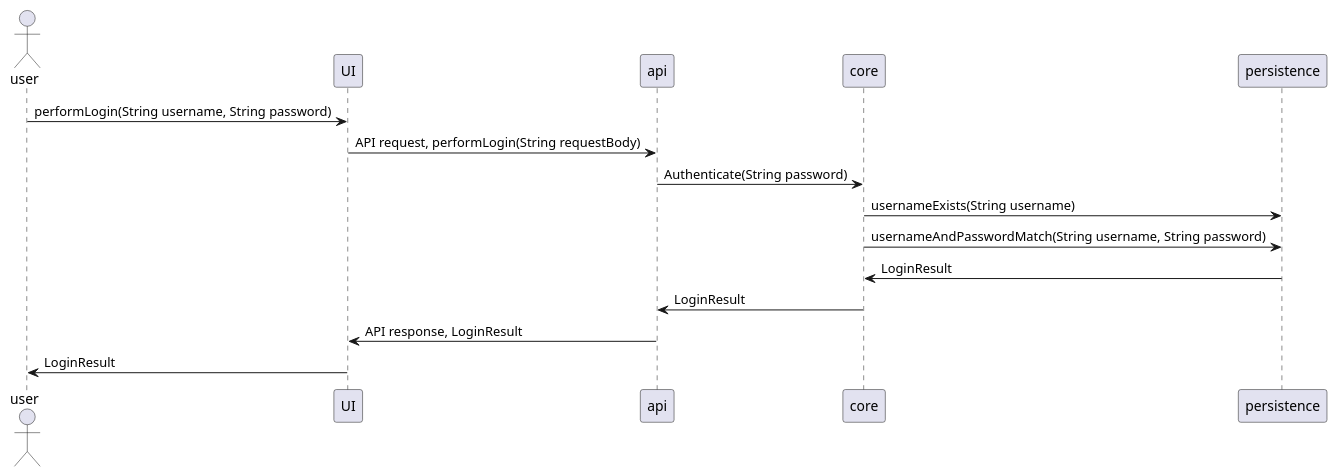
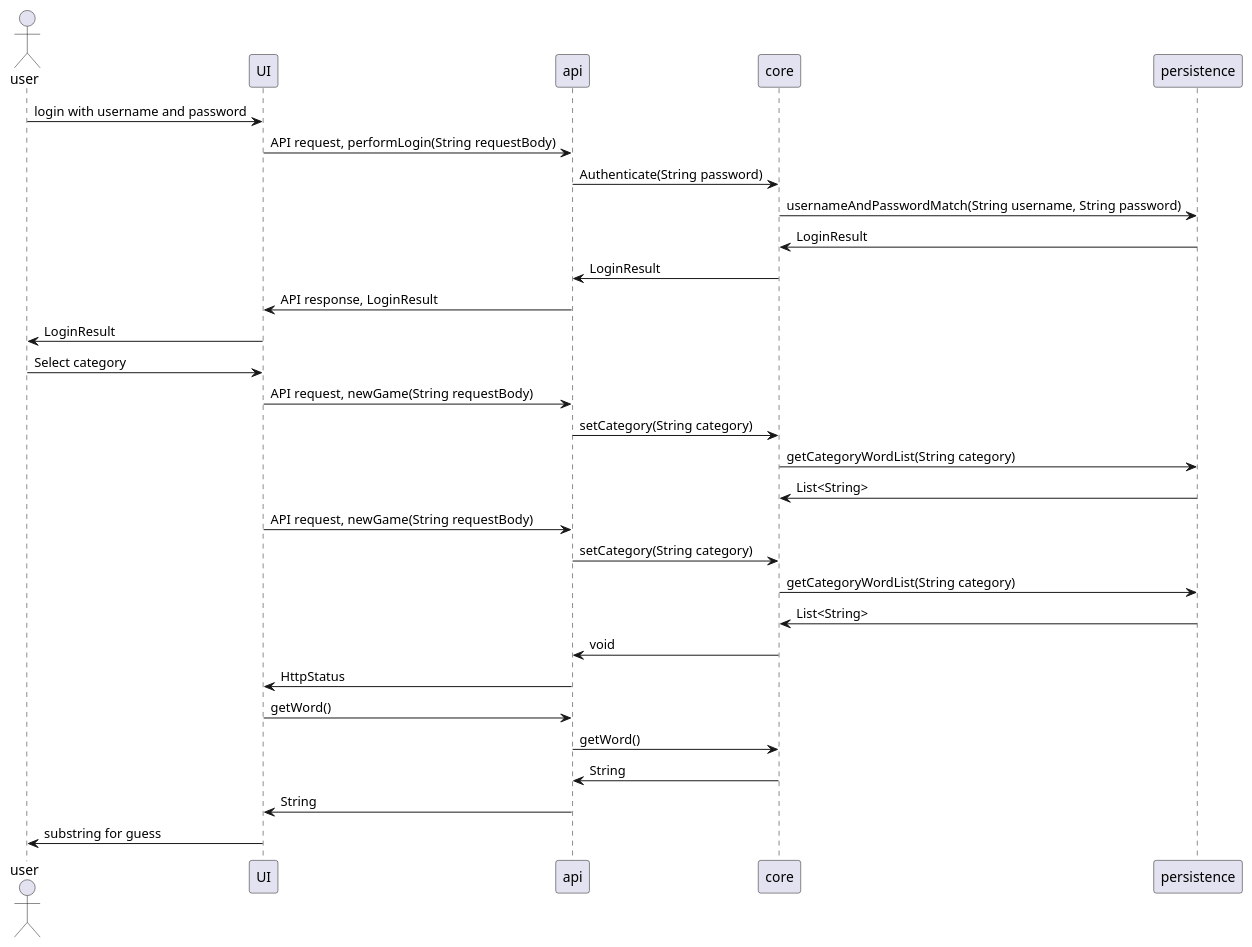
Before and after one commit to Anders-Stubberud/IT1901: the diagram in docs/SequenceDiagramRelease3.puml, drawn with PlantUML. The commit also changed 4 other files, not shown here.

```diff
--- a/docs/SequenceDiagramRelease3.puml
+++ b/docs/SequenceDiagramRelease3.puml
@@ -1,26 +1,56 @@
 @startuml
 actor user as user
 participant UI as UI
 participant api as api
 participant core as core
 participant persistence as persistence
 
-user -> UI : performLogin(String username, String password)
+user -> UI : login with username and password
 
 UI -> api : API request, performLogin(String requestBody)
 
 api -> core : Authenticate(String password)
-
-core -> persistence : usernameExists(String username)
 
 core -> persistence : usernameAndPasswordMatch(String username, String password)
 
 persistence -> core : LoginResult
 
 core -> api : LoginResult
 
 api -> UI : API response, LoginResult
 
 UI -> user : LoginResult
 
+user -> UI : Select category
+
+UI -> api : API request, newGame(String requestBody)
+
+api -> core : setCategory(String category)
+
+core -> persistence : getCategoryWordList(String category)
+
+persistence -> core : List<String>
+
+UI -> api : API request, newGame(String requestBody)
+
+api -> core : setCategory(String category)
+
+core -> persistence : getCategoryWordList(String category)
+
+persistence -> core : List<String>
+
+core -> api : void
+
+api -> UI : HttpStatus
+
+UI -> api : getWord()
+
+api -> core : getWord()
+
+core -> api : String
+
+api -> UI : String
+
+UI -> user : substring for guess
+
 @enduml
```
